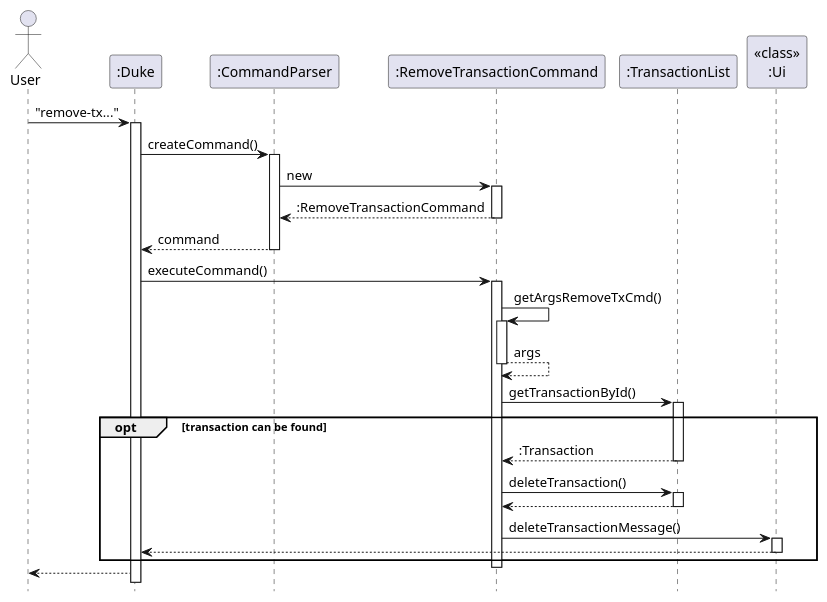
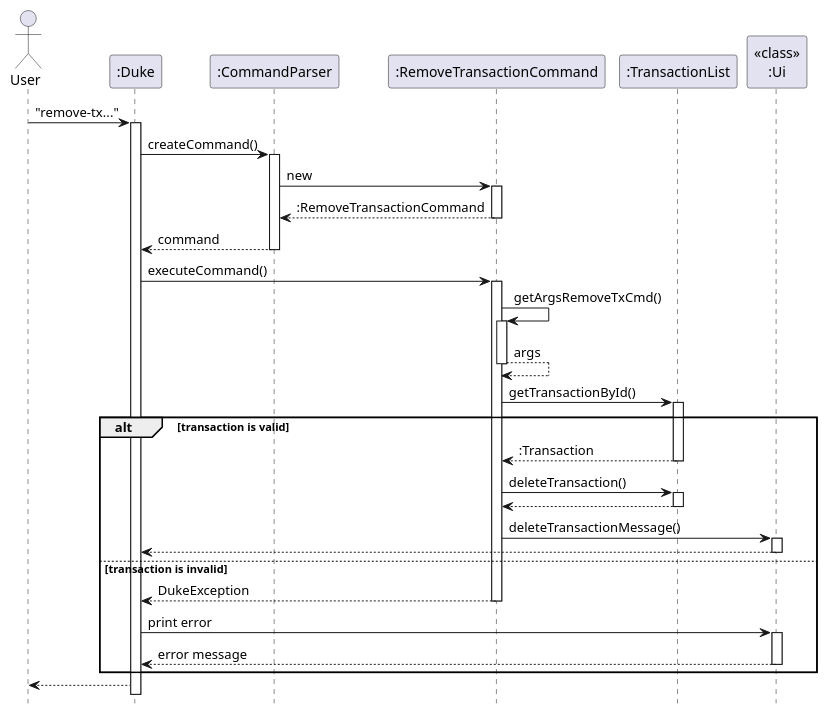
The diagram in docs/diagrams/transaction/RemoveTransactionSequence.puml (nus-cs2113-AY2223S1/tp), drawn with PlantUML before and after one commit. The commit also changed 22 other files, not shown here.

```diff
--- a/docs/diagrams/transaction/RemoveTransactionSequence.puml
+++ b/docs/diagrams/transaction/RemoveTransactionSequence.puml
@@ -1,37 +1,43 @@
 @startuml
 hide footbox
 
 Actor User
 "User" -> ":Duke": "remove-tx..."
 activate ":Duke"
 ":Duke" -> ":CommandParser": createCommand()
 activate ":CommandParser"
 ":CommandParser" -> ":RemoveTransactionCommand": new
 activate ":RemoveTransactionCommand"
 return :RemoveTransactionCommand
 ":CommandParser" --> ":Duke": command
 deactivate
 
 ":Duke" -> ":RemoveTransactionCommand" : executeCommand()
 activate ":RemoveTransactionCommand"
 ":RemoveTransactionCommand" -> ":RemoveTransactionCommand": getArgsRemoveTxCmd()
 activate ":RemoveTransactionCommand"
 return args
     ":RemoveTransactionCommand" -> ":TransactionList": getTransactionById()
     activate ":TransactionList"
-opt transaction can be found
+alt transaction is valid
     ":TransactionList" --> ":RemoveTransactionCommand": :Transaction
     deactivate ":TransactionList"
     ":RemoveTransactionCommand" -> ":TransactionList": deleteTransaction()
     activate ":TransactionList"
     return
     ":RemoveTransactionCommand" -> "<<class>>\n:Ui": deleteTransactionMessage()
     activate "<<class>>\n:Ui"
     "<<class>>\n:Ui" --> ":Duke"
     deactivate "<<class>>\n:Ui"
     deactivate ":TransactionList"
-
+else transaction is invalid
+    ":RemoveTransactionCommand" --> ":Duke" : DukeException
+    deactivate ":RemoveTransactionCommand"
+    ":Duke" -> "<<class>>\n:Ui" : print error
+    activate "<<class>>\n:Ui"
+    "<<class>>\n:Ui" --> ":Duke" : error message
+    deactivate "<<class>>\n:Ui"
 end
 deactivate ":RemoveTransactionCommand"
 ":Duke" --> "User"
 @enduml
```
